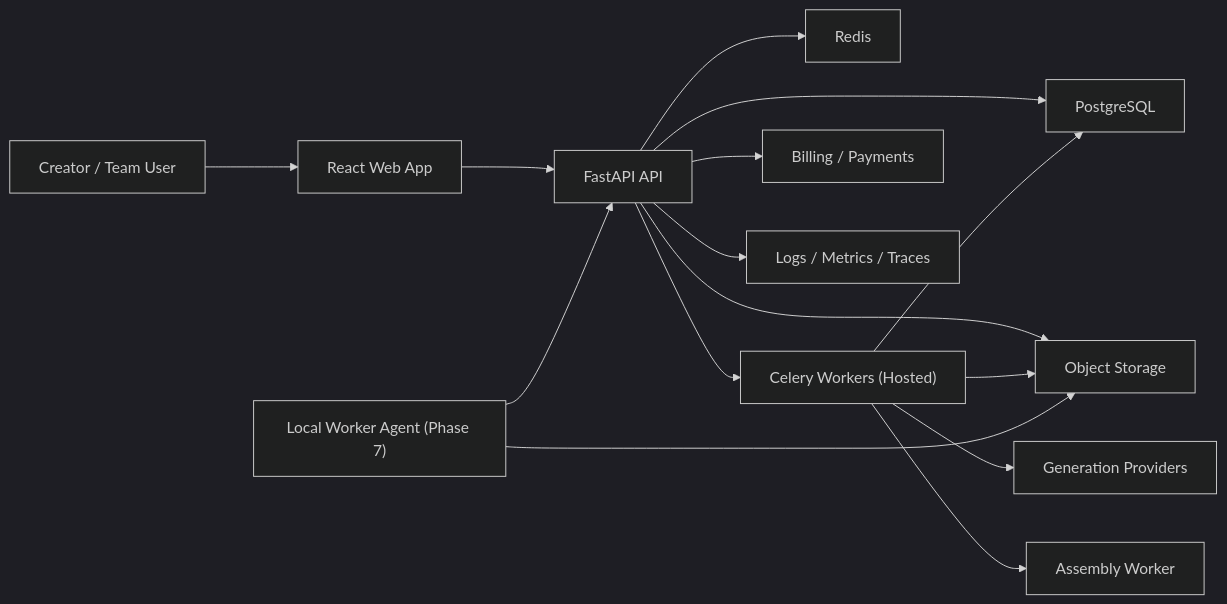
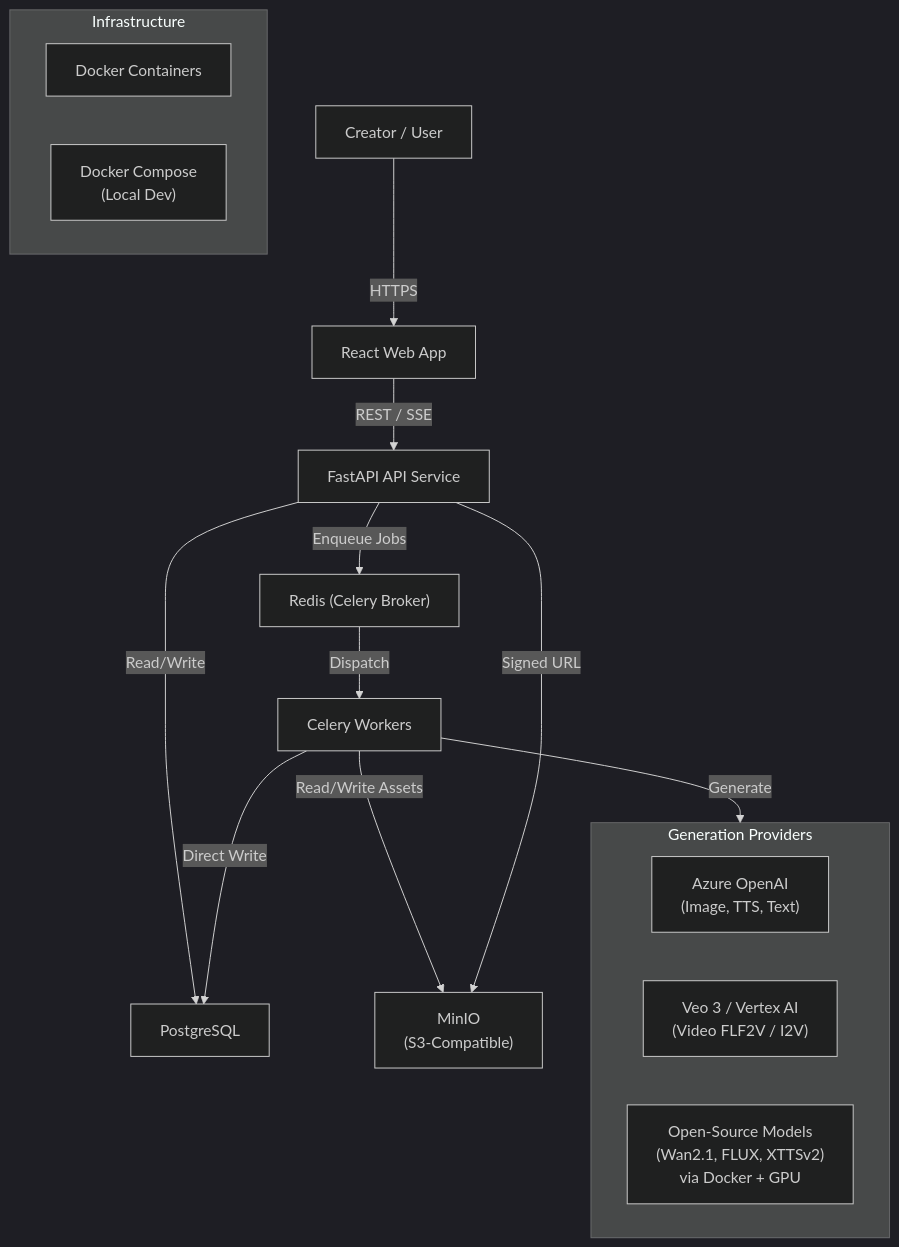
Before and after one commit to MdRahmatUllah/gen-reels: the first of 2 diagrams in docs/architecture/01-system-context.md, drawn with Mermaid (dark theme). The commit also changed other lines of this file and 49 other files, not shown here.

Commit message:
docs: initialize project documentation including architecture, implementation plans, and phase roadmaps

````diff
--- a/docs/architecture/01-system-context.md
+++ b/docs/architecture/01-system-context.md
@@ -9,17 +9,23 @@
 ```mermaid
-flowchart LR
-    User["Creator / Team User"] --> FE["React Web App"]
-    FE --> API["FastAPI API"]
-    API --> PG["PostgreSQL"]
-    API --> Redis["Redis"]
-    API --> S3["Object Storage"]
-    API --> Workers["Celery Workers (Hosted)"]
-    Workers --> Providers["Generation Providers"]
-    Workers --> FFmpeg["Assembly Worker"]
-    Workers --> S3
-    Workers --> PG
-    API --> Billing["Billing / Payments"]
-    API --> Observability["Logs / Metrics / Traces"]
-    LocalWorker["Local Worker Agent (Phase 7)"] --> API
-    LocalWorker --> S3
+graph TB
+    Creator["Creator / User"] -- HTTPS --> WebApp["React Web App"]
+    WebApp -- REST / SSE --> API["FastAPI API Service"]
+    API -- "Read/Write" --> DB["PostgreSQL"]
+    API -- "Enqueue Jobs" --> Broker["Redis (Celery Broker)"]
+    Broker -- "Dispatch" --> Workers["Celery Workers"]
+    Workers -- "Direct Write" --> DB
+    Workers -- "Read/Write Assets" --> Storage["MinIO\n(S3-Compatible)"]
+    Workers -- "Generate" --> Providers["Generation Providers"]
+    API -- "Signed URL" --> Storage
+    
+    subgraph Providers["Generation Providers"]
+        AzureOpenAI["Azure OpenAI\n(Image, TTS, Text)"]
+        Veo3["Veo 3 / Vertex AI\n(Video FLF2V / I2V)"]
+        OpenSource["Open-Source Models\n(Wan2.1, FLUX, XTTSv2)\nvia Docker + GPU"]
+    end
+
+    subgraph Infrastructure["Infrastructure"]
+        Docker["Docker Containers"]
+        Compose["Docker Compose\n(Local Dev)"]
+    end
 ```
````
